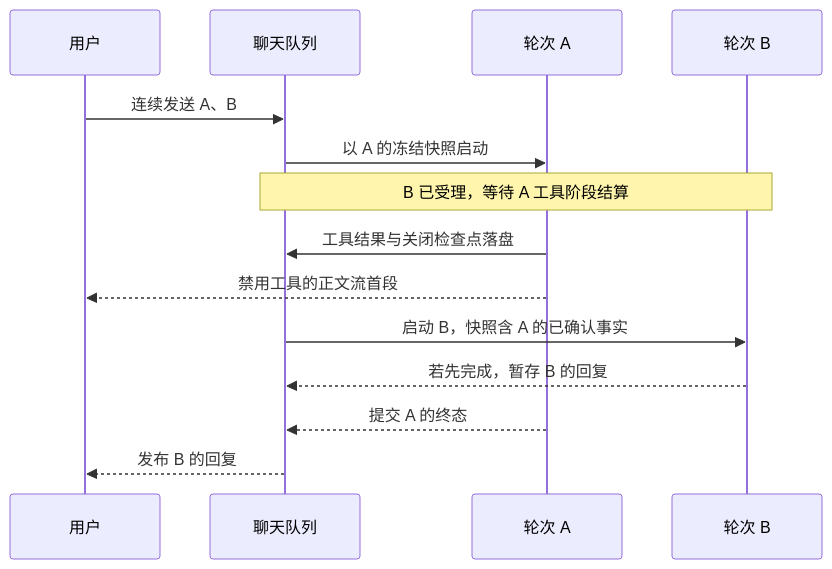
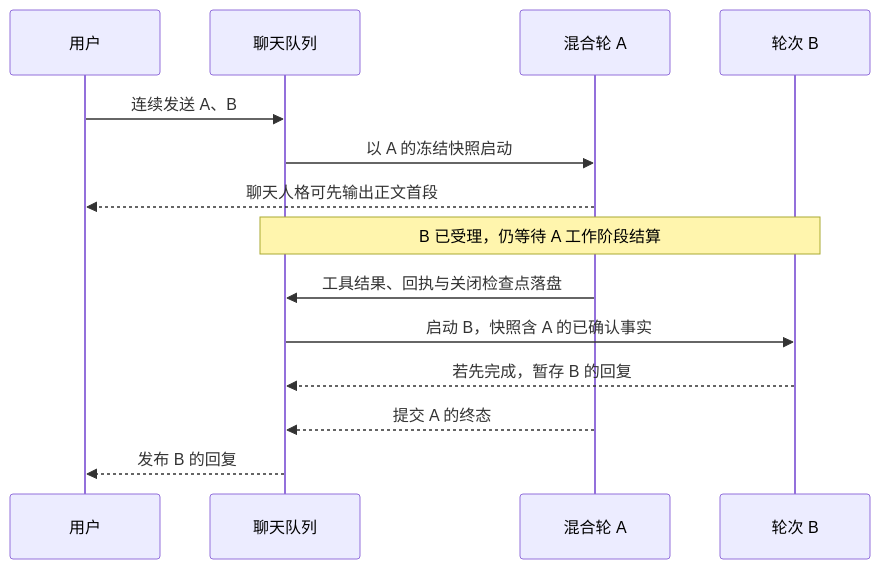
One commit to hoholidayx/Aion changed the first of 2 diagrams in docs/assistant-worker-dispatch-prd.md. Above: the diagram before and after it, drawn with Mermaid. The commit also changed other lines of this file, not shown here.

````diff
--- a/docs/assistant-worker-dispatch-prd.md
+++ b/docs/assistant-worker-dispatch-prd.md
@@ -94,16 +98,16 @@
 ```mermaid
 sequenceDiagram
     participant U as 用户
     participant C as 聊天队列
-    participant A as 轮次 A
+    participant A as 混合轮 A
     participant B as 轮次 B
     U->>C: 连续发送 A、B
     C->>A: 以 A 的冻结快照启动
-    Note over C,B: B 已受理，等待 A 工具阶段结算
-    A->>C: 工具结果与关闭检查点落盘
-    A-->>U: 禁用工具的正文流首段
+    A-->>U: 聊天人格可先输出正文首段
+    Note over C,B: B 已受理，仍等待 A 工作阶段结算
+    A->>C: 工具结果、回执与关闭检查点落盘
     C->>B: 启动 B，快照含 A 的已确认事实
     B-->>C: 若先完成，暂存 B 的回复
     A-->>C: 提交 A 的终态
     C-->>U: 发布 B 的回复
 ```
````
